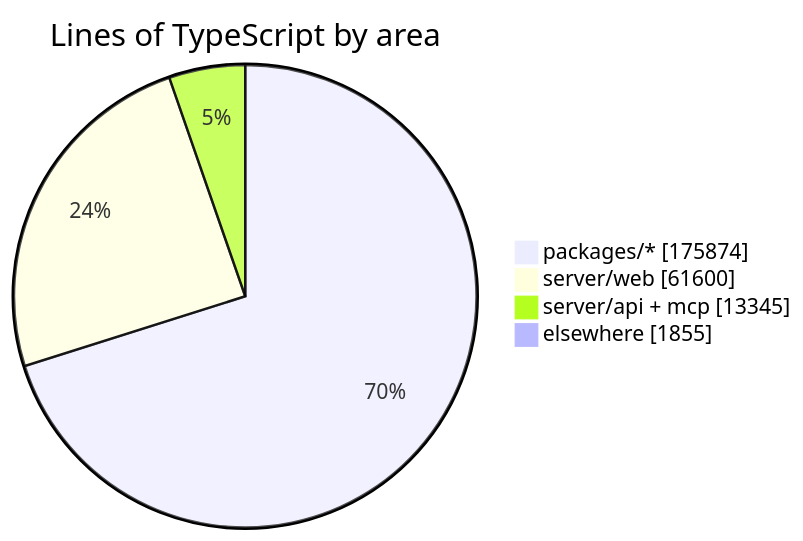
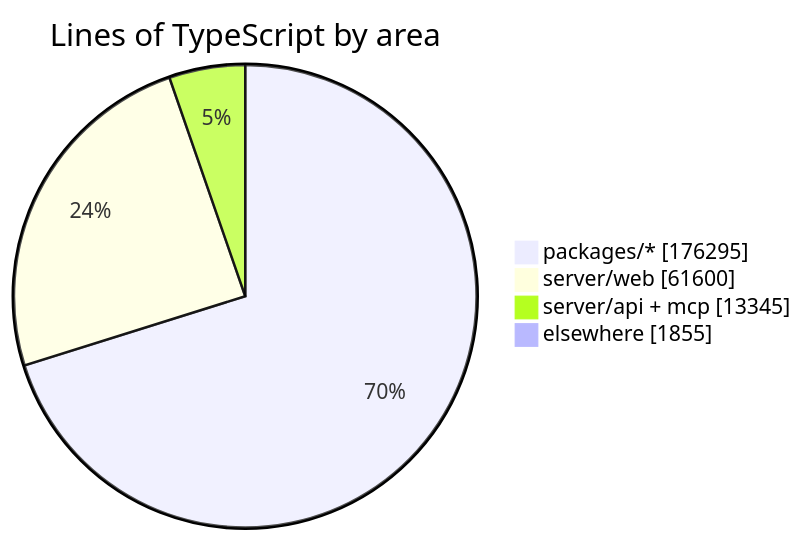
Before and after one commit to crossworks-engineering/mantle: the diagram in README.md, drawn with Mermaid. The commit also changed other lines of this file and 2 other files, not shown here.

````diff
--- a/README.md
+++ b/README.md
@@ -279,7 +279,7 @@
 ```mermaid
 pie showData title Lines of TypeScript by area
-    "packages/*" : 175874
+    "packages/*" : 176295
     "server/web" : 61600
     "server/api + mcp" : 13345
     "elsewhere" : 1855
 ```
````
